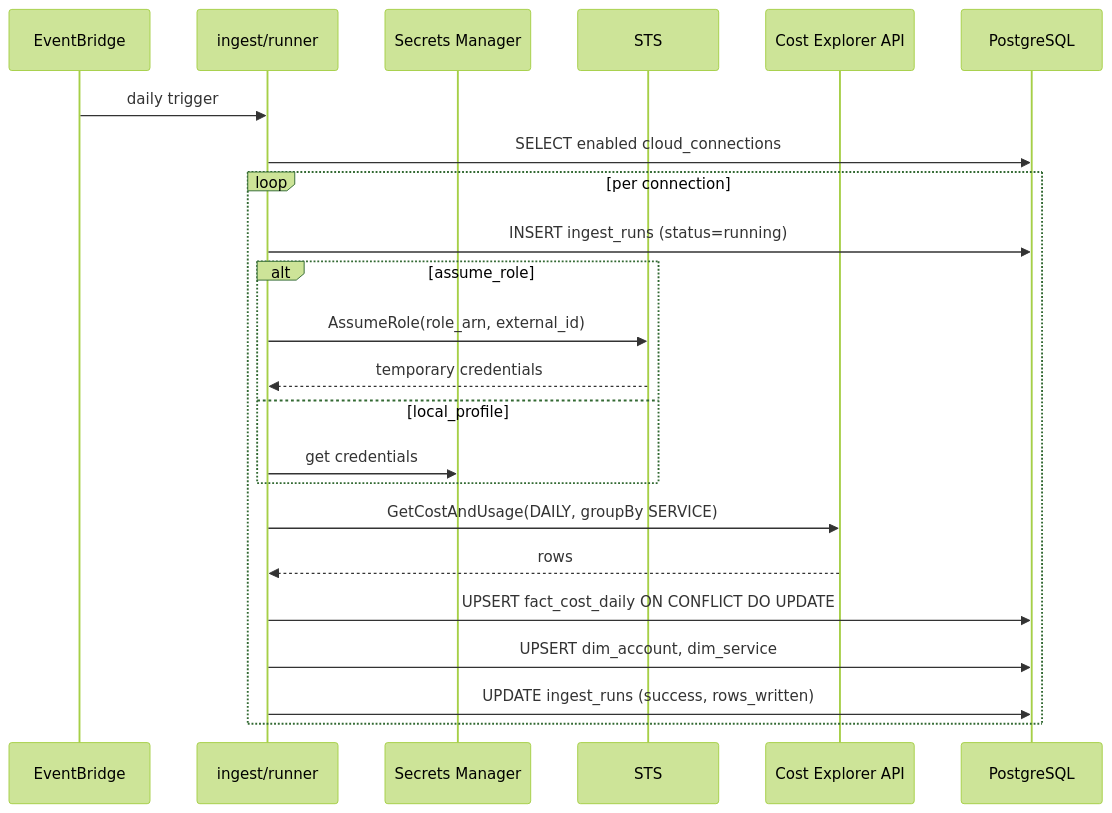
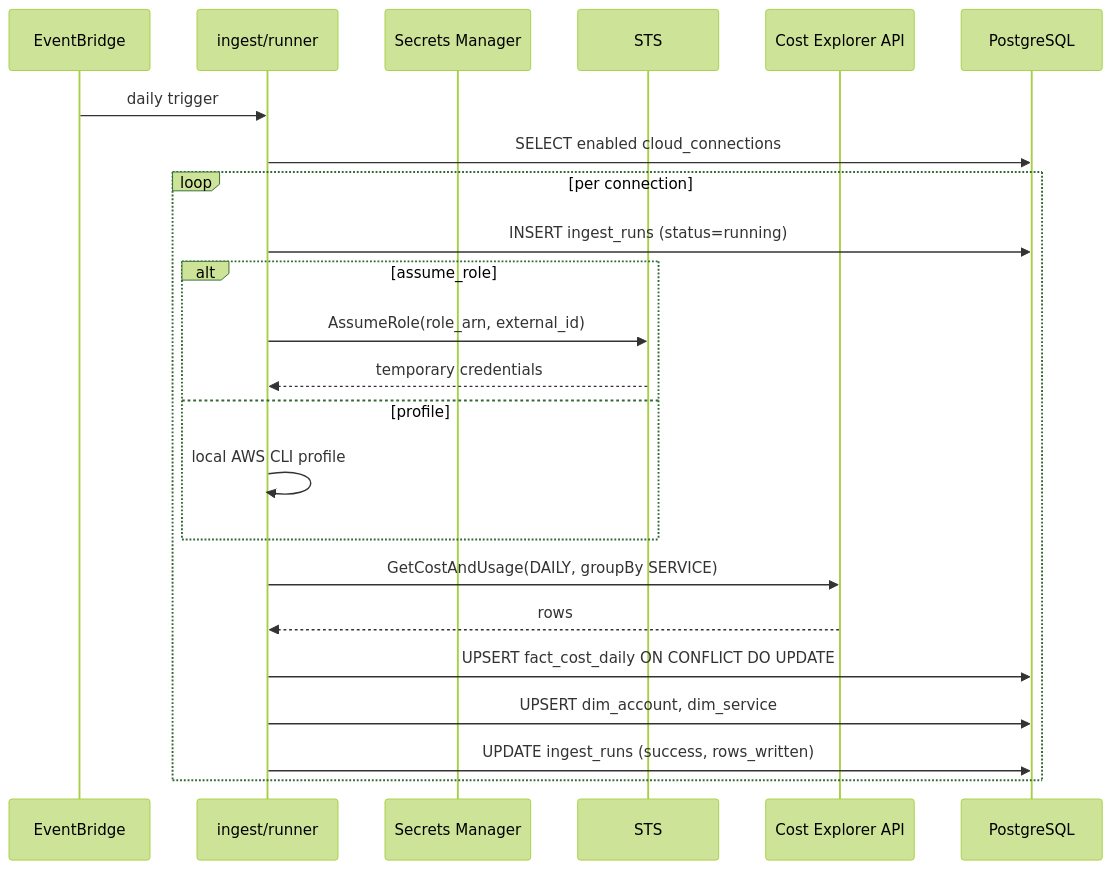
One commit to Hemanth0411/Cloud_Cost_Intelligence_Hub changed the first of 5 diagrams in docs/04-data-flow.md. Above: the diagram before and after it, drawn with Mermaid (forest theme). The commit also changed other lines of this file and 47 other files, not shown here.

````diff
--- a/docs/04-data-flow.md
+++ b/docs/04-data-flow.md
@@ -11,26 +11,26 @@
 ```mermaid
 sequenceDiagram
     participant EB as EventBridge
     participant R as ingest/runner
     participant SM as Secrets Manager
     participant STS as STS
     participant CE as Cost Explorer API
     participant PG as PostgreSQL
 
     EB->>R: daily trigger
     R->>PG: SELECT enabled cloud_connections
     loop per connection
         R->>PG: INSERT ingest_runs (status=running)
         alt assume_role
             R->>STS: AssumeRole(role_arn, external_id)
             STS-->>R: temporary credentials
-        else local_profile
-            R->>SM: get credentials
+        else profile
+            R->>R: local AWS CLI profile
         end
         R->>CE: GetCostAndUsage(DAILY, groupBy SERVICE)
         CE-->>R: rows
         R->>PG: UPSERT fact_cost_daily ON CONFLICT DO UPDATE
         R->>PG: UPSERT dim_account, dim_service
         R->>PG: UPDATE ingest_runs (success, rows_written)
     end
 ```
````
